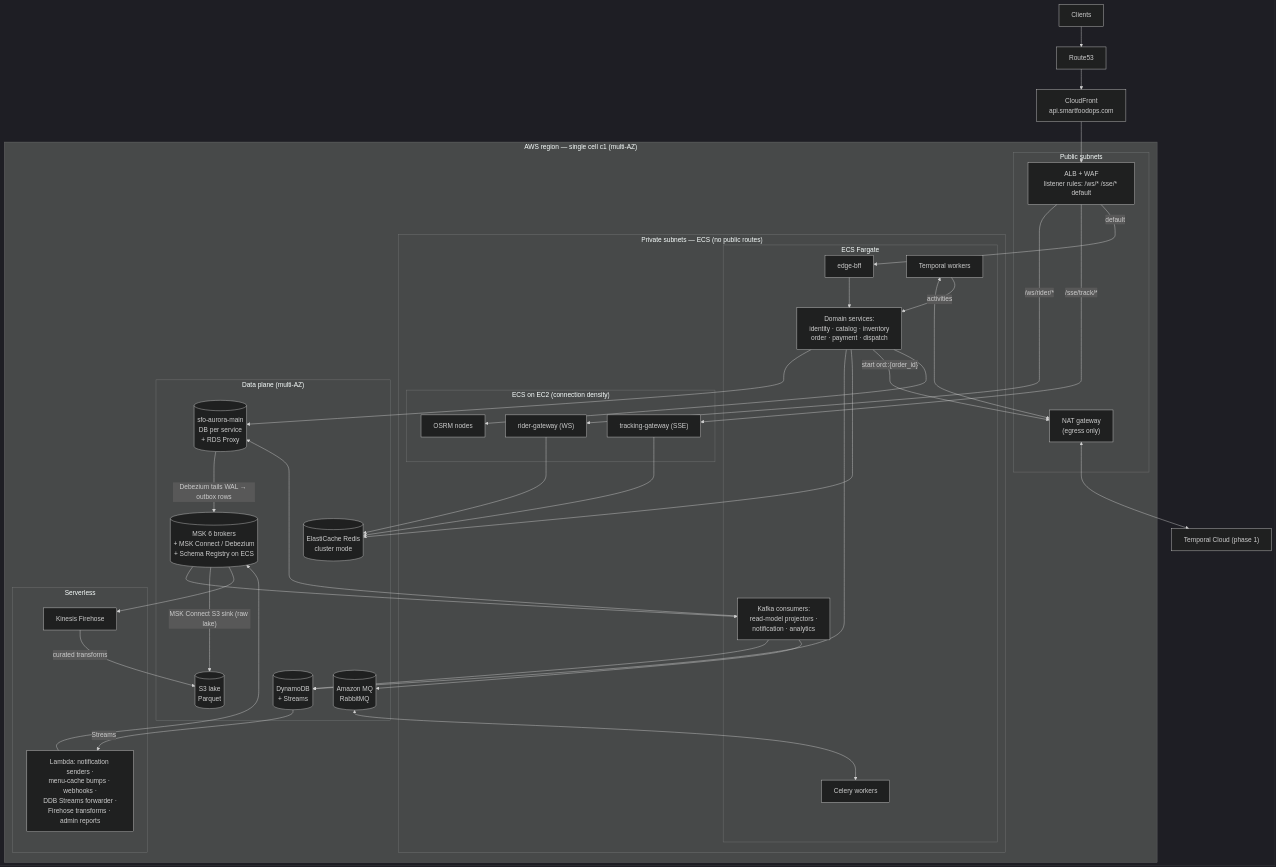
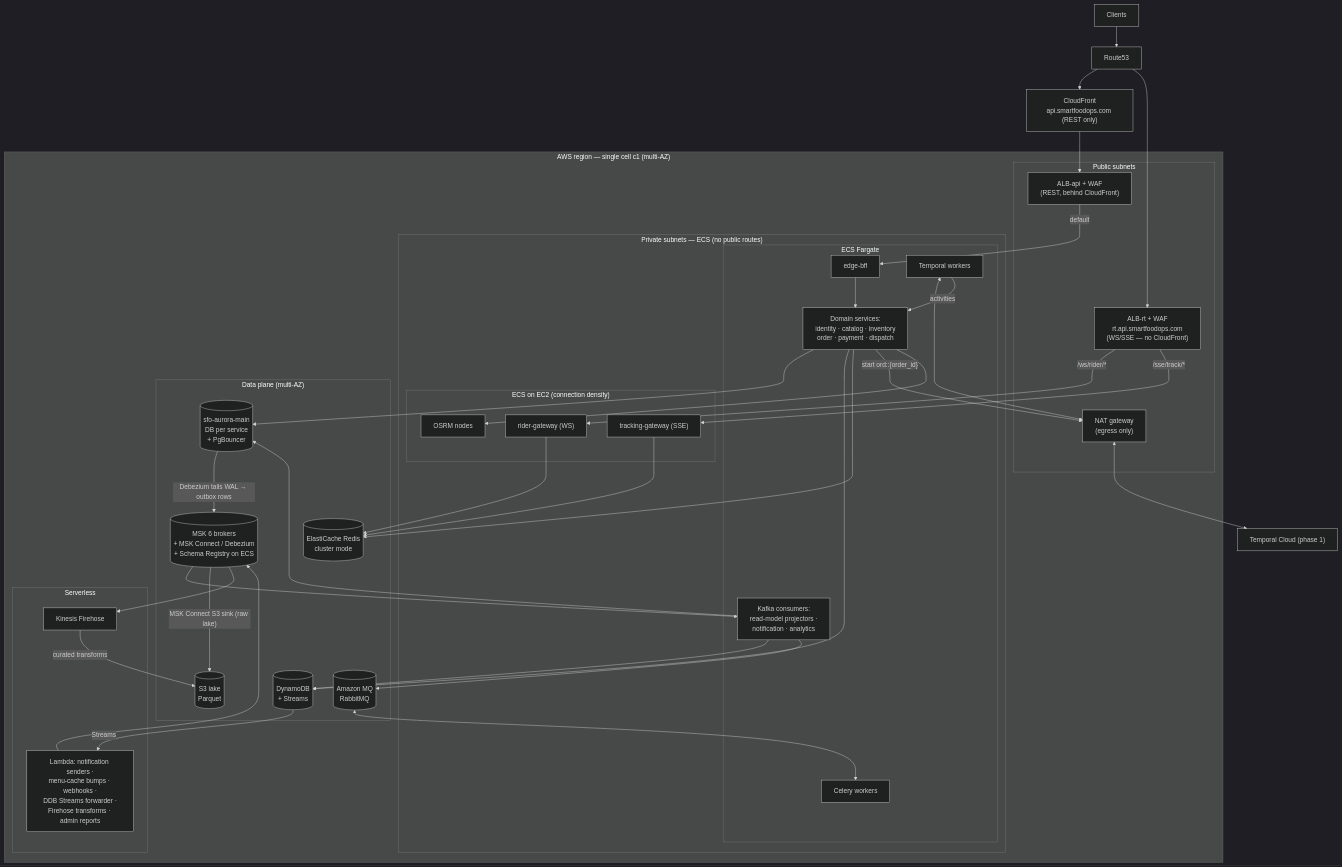
The sixth of 6 diagrams in docs/ARCHITECTURE.md (Aizazahmed-7/SmartFoodOps), drawn with Mermaid (dark theme) before and after one commit. The commit also changed other lines of this file and 25 other files, not shown here.

````diff
--- a/docs/ARCHITECTURE.md
+++ b/docs/ARCHITECTURE.md
@@ -549,61 +581,63 @@
 ```mermaid
 flowchart TB
-  U[Clients] --> R53[Route53] --> CF["CloudFront<br/>api.smartfoodops.com"]
+  U[Clients] --> R53[Route53] --> CF["CloudFront<br/>api.smartfoodops.com (REST only)"]
 
   subgraph REGION["AWS region — single cell c1 (multi-AZ)"]
     subgraph PUB["Public subnets"]
-      ALB["ALB + WAF<br/>listener rules: /ws/* /sse/* default"]
+      ALB["ALB-api + WAF<br/>(REST, behind CloudFront)"]
+      ALBRT["ALB-rt + WAF<br/>rt.api.smartfoodops.com<br/>(WS/SSE — no CloudFront)"]
       NAT["NAT gateway<br/>(egress only)"]
     end
     subgraph PRIV["Private subnets — ECS (no public routes)"]
       subgraph FG["ECS Fargate"]
         BFF[edge-bff]
         DOM["Domain services:<br/>identity · catalog · inventory<br/>order · payment · dispatch"]
         CONS["Kafka consumers:<br/>read-model projectors ·<br/>notification · analytics"]
         TW["Temporal workers"]
         CELW["Celery workers"]
       end
       subgraph EC2G["ECS on EC2 (connection density)"]
         RGW["rider-gateway (WS)"]
         TGW["tracking-gateway (SSE)"]
         OSRMN["OSRM nodes"]
       end
     end
     subgraph DATA["Data plane (multi-AZ)"]
-      AUR[("sfo-aurora-main<br/>DB per service<br/>+ RDS Proxy")]
+      AUR[("sfo-aurora-main<br/>DB per service<br/>+ PgBouncer")]
       DDB[("DynamoDB<br/>+ Streams")]
       ECR[("ElastiCache Redis<br/>cluster mode")]
       MSK[("MSK 6 brokers<br/>+ MSK Connect / Debezium<br/>+ Schema Registry on ECS")]
       AMQ[("Amazon MQ<br/>RabbitMQ")]
       S3L[("S3 lake<br/>Parquet")]
     end
     subgraph SRV["Serverless"]
       LAM["Lambda: notification senders ·<br/>menu-cache bumps · webhooks ·<br/>DDB Streams forwarder ·<br/>Firehose transforms · admin reports"]
       FH["Kinesis Firehose"]
     end
   end
 
   TC["Temporal Cloud (phase 1)"]
 
   CF --> ALB
-  ALB -->|"/ws/rider/*"| RGW
-  ALB -->|"/sse/track/*"| TGW
+  R53 --> ALBRT
+  ALBRT -->|"/ws/rider/*"| RGW
+  ALBRT -->|"/sse/track/*"| TGW
   ALB -->|default| BFF
   BFF --> DOM
   DOM --> AUR & DDB & ECR
   DOM -->|"start ord::{order_id}"| NAT
   DOM --> OSRMN
   TW <--> NAT
   NAT <--> TC
   TW -->|activities| DOM
   AUR -->|"Debezium tails WAL → outbox rows"| MSK
   DDB -->|Streams| LAM --> MSK
   MSK --> CONS
   CONS --> DDB
   CONS --> AUR
   CONS --> AMQ
   AMQ <--> CELW
   MSK -->|"MSK Connect S3 sink (raw lake)"| S3L
   MSK --> FH -->|"curated transforms"| S3L
   RGW & TGW --> ECR
 ```
````
